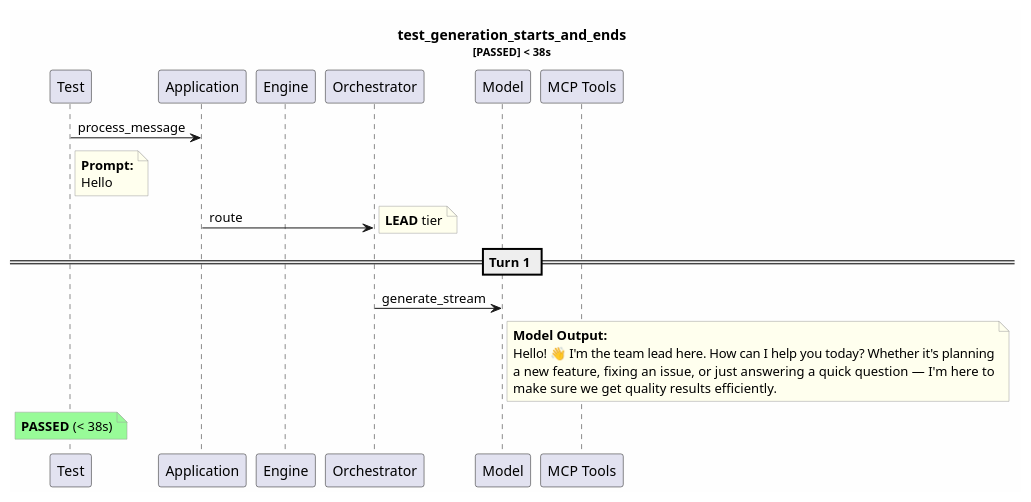
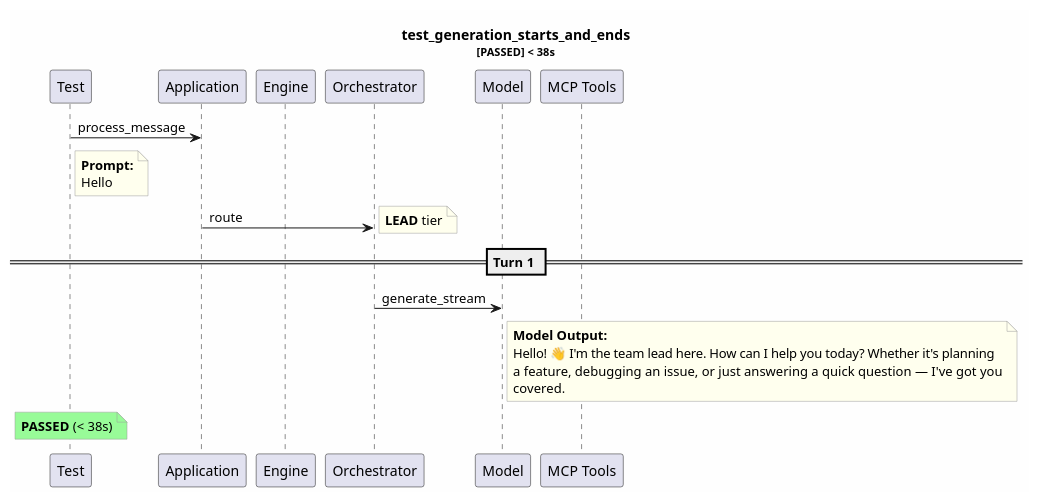
The diagram in test-reports/logs/test_generation_starts_and_ends/test_generation_starts_and_ends.puml (tvanfossen/entropic), drawn with PlantUML before and after one commit. The commit also changed 27 other files, not shown here.

```diff
--- a/test-reports/logs/test_generation_starts_and_ends/test_generation_starts_and_ends.puml
+++ b/test-reports/logs/test_generation_starts_and_ends/test_generation_starts_and_ends.puml
@@ -1,33 +1,33 @@
 @startuml
 skinparam backgroundColor #FEFEFE
 skinparam noteBorderColor #999999
 skinparam noteBackgroundColor #FFFFEE
 title test_generation_starts_and_ends\n<size:11>[PASSED] < 38s</size>
 
 participant "Test" as T
 participant "Application" as App
 participant "Engine" as Eng
 participant "Orchestrator" as Orch
 participant "Model" as Mdl
 participant "MCP Tools" as MCP
 
 T -> App: process_message
 note right of T
   **Prompt:**
   Hello
 end note
 App -> Orch: route
 note right: **LEAD** tier
 == Turn 1 ==
 Orch -> Mdl: generate_stream
 note right of Mdl
   **Model Output:**
   Hello! 👋 I'm the team lead here. How can I help you today? Whether it's planning
-  a new feature, fixing an issue, or just answering a quick question — I'm here to
-  make sure we get quality results efficiently.
+  a feature, debugging an issue, or just answering a quick question — I've got you
+  covered.
 end note
 note over T #palegreen
   **PASSED** (< 38s)
 end note
 
 @enduml
```
